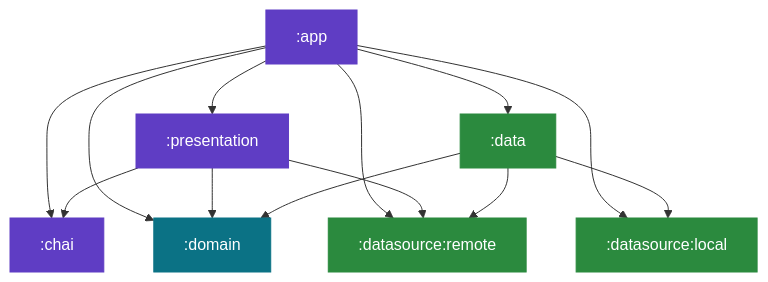
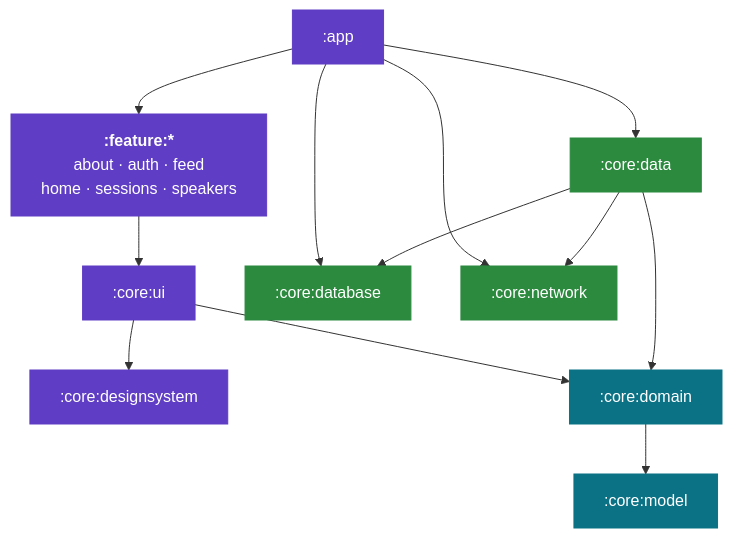
Before and after one commit to droidconKE/droidconKeKotlin: the first of 2 diagrams in README.md, drawn with Mermaid. The commit also changed other lines of this file and 294 other files, not shown here.

````diff
--- a/README.md
+++ b/README.md
@@ -87,32 +92,33 @@
 ```mermaid
 graph TD
     app[":app"]
-    presentation[":presentation"]
-    chai[":chai"]
-    data[":data"]
-    domain[":domain"]
-    local[":datasource:local"]
-    remote[":datasource:remote"]
+    feature["<b>:feature:*</b><br/>about · auth · feed<br/>home · sessions · speakers"]
+    ui[":core:ui"]
+    ds[":core:designsystem"]
+    domain[":core:domain"]
+    model[":core:model"]
+    data[":core:data"]
+    database[":core:database"]
+    network[":core:network"]
 
-    app --> presentation
-    app --> chai
+    app --> feature
     app --> data
-    app --> domain
-    app --> local
-    app --> remote
+    app --> database
+    app --> network
 
-    presentation --> chai
-    presentation --> domain
-    presentation --> remote
+    feature --> ui
+    ui --> ds
+    ui --> domain
+    domain --> model
 
     data --> domain
-    data --> local
-    data --> remote
+    data --> database
+    data --> network
 
     classDef pure fill:#0b7285,stroke:#0b7285,color:#ffffff;
-    classDef ui fill:#5f3dc4,stroke:#5f3dc4,color:#ffffff;
+    classDef uic fill:#5f3dc4,stroke:#5f3dc4,color:#ffffff;
     classDef io fill:#2b8a3e,stroke:#2b8a3e,color:#ffffff;
-    class domain pure;
-    class app,presentation,chai ui;
-    class data,local,remote io;
+    class domain,model pure;
+    class app,feature,ui,ds uic;
+    class data,database,network io;
 ```
````
